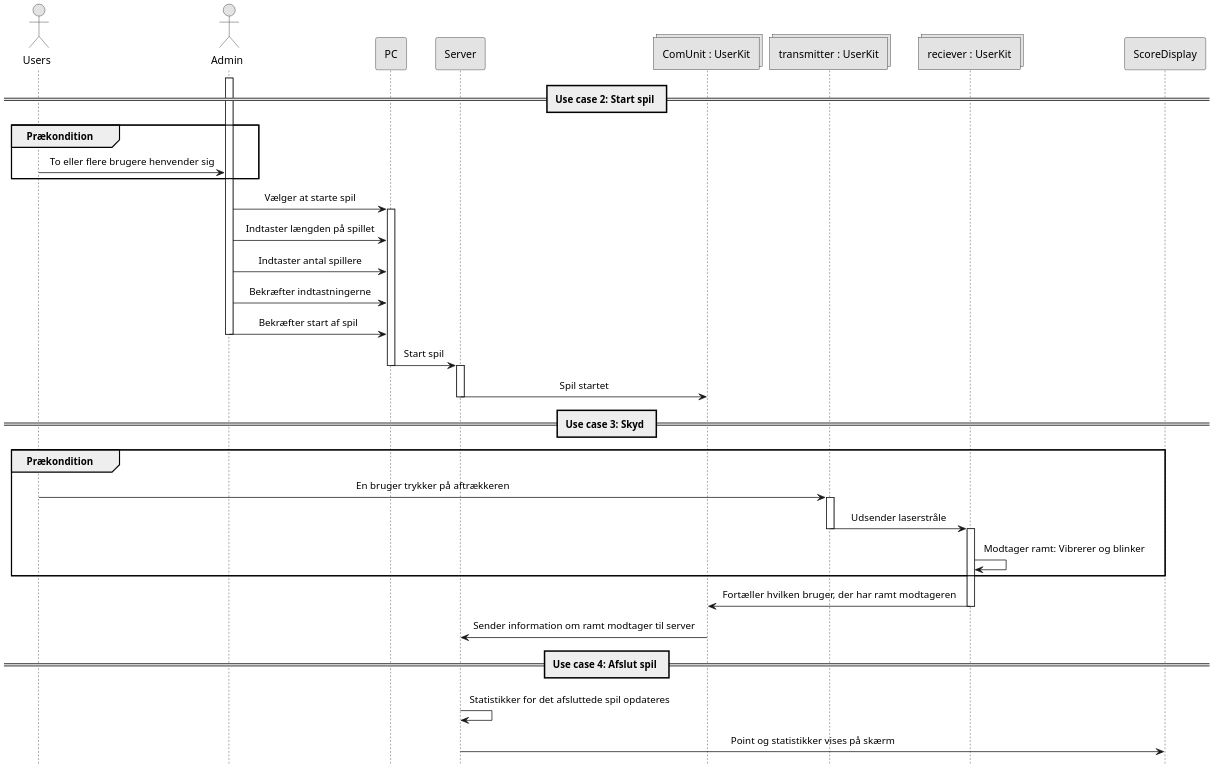
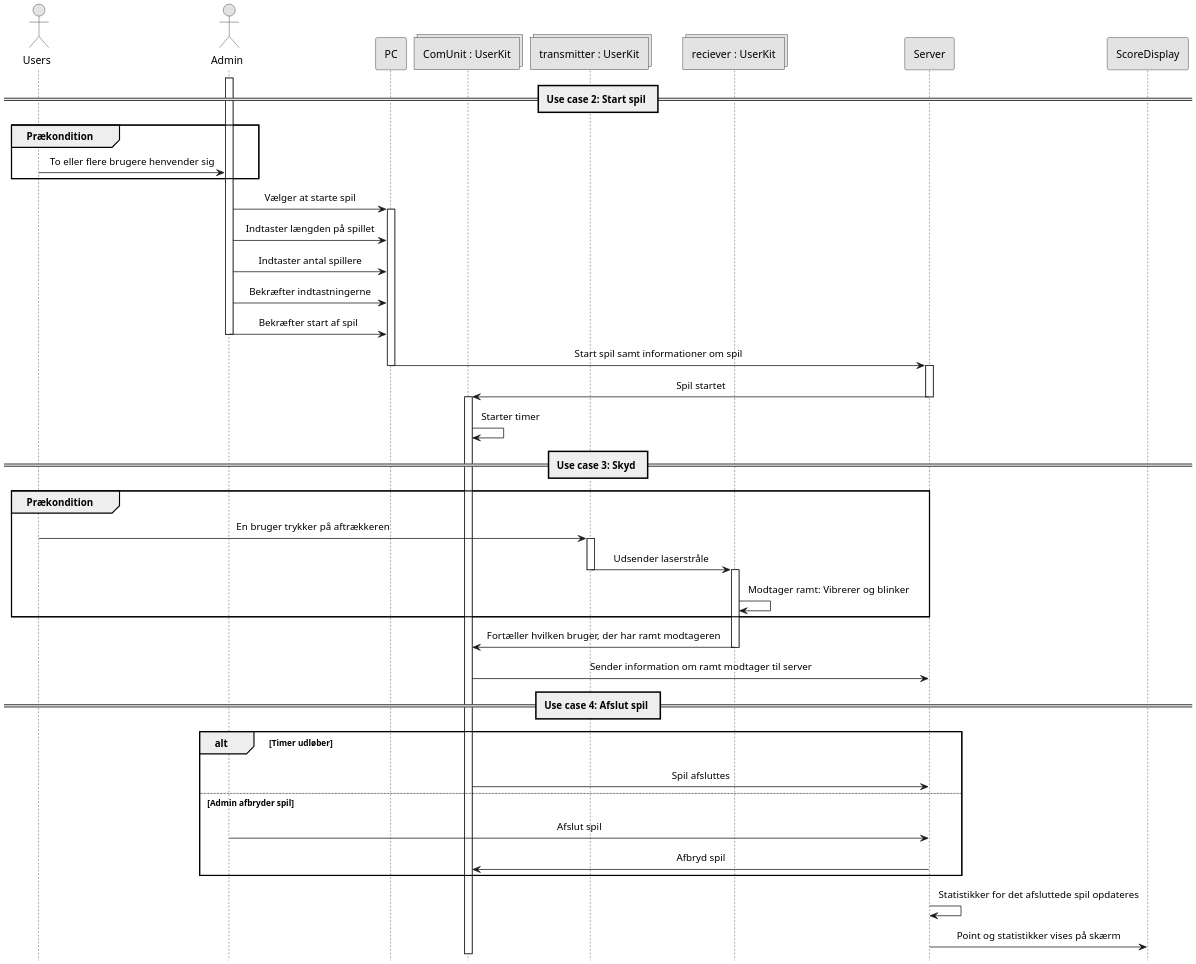
One commit to LasseKrarup/Laser-Tag-Project changed the diagram in PlantUML/ssd-uc2-4.plantuml. Above: the diagram before and after it, drawn with PlantUML. The commit also changed 1 other file, not shown here.

```diff
--- a/PlantUML/ssd-uc2-4.plantuml
+++ b/PlantUML/ssd-uc2-4.plantuml
@@ -1,65 +1,75 @@
 @startuml ssd-uc2-4
 
 hide footbox
 
 skinparam {
     monochrome true
     dpi 200
     padding 5
     sequenceMessageAlign center
     packageStyle frame
     shadowing false
     'backgroundColor transparent
 }
 
 actor Users as users
 actor Admin as admin
 participant "PC" as pc
-participant "Server" as server
 collections "ComUnit : UserKit" as comUnit
 collections "transmitter : UserKit" as transmitter
 collections "reciever : UserKit" as reciever
+participant "Server" as server
 participant "ScoreDisplay" as display
 
 == Use case 2: Start spil ==
 
 group Prækondition
     users -> admin: To eller flere brugere henvender sig
 end
 
 activate admin
 admin -> pc: Vælger at starte spil
 activate pc
 admin -> pc: Indtaster længden på spillet
 admin -> pc: Indtaster antal spillere
 admin -> pc: Bekræfter indtastningerne
 admin -> pc: Bekræfter start af spil
 deactivate admin
-pc -> server: Start spil
+pc -> server: Start spil samt informationer om spil
 deactivate pc
 activate server
 server -> comUnit: Spil startet
 deactivate server
+activate comUnit
+comUnit -> comUnit: Starter timer
 
 == Use case 3: Skyd ==
 
 group Prækondition
     users -> transmitter: En bruger trykker på aftrækkeren
     activate transmitter
     transmitter -> reciever: Udsender laserstråle
     deactivate transmitter
     activate reciever
     reciever -> reciever: Modtager ramt: Vibrerer og blinker
 end
 
 reciever -> comUnit: Fortæller hvilken bruger, der har ramt modtageren
 deactivate reciever
 
 comUnit -> server: Sender information om ramt modtager til server
 
 == Use case 4: Afslut spil ==
 
+alt Timer udløber
+    comUnit -> server: Spil afsluttes
+else Admin afbryder spil
+    admin -> server: Afslut spil
+    server -> comUnit: Afbryd spil
+
+end
+
 server -> server: Statistikker for det afsluttede spil opdateres
 server -> display: Point og statistikker vises på skærm
 
 @enduml
```
